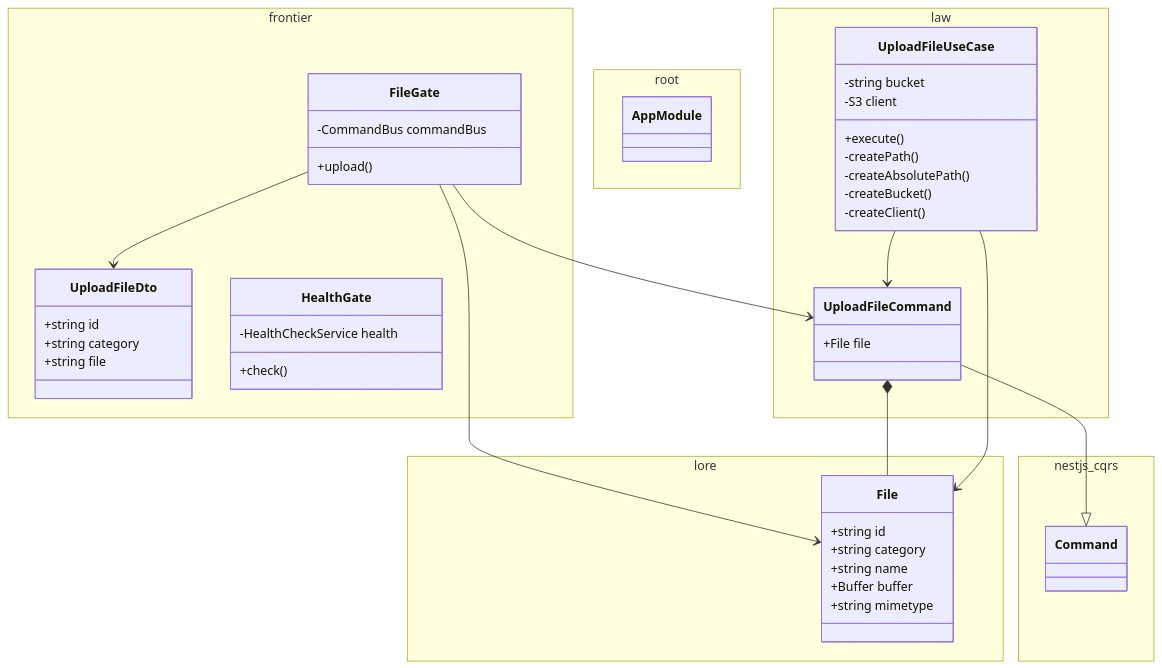
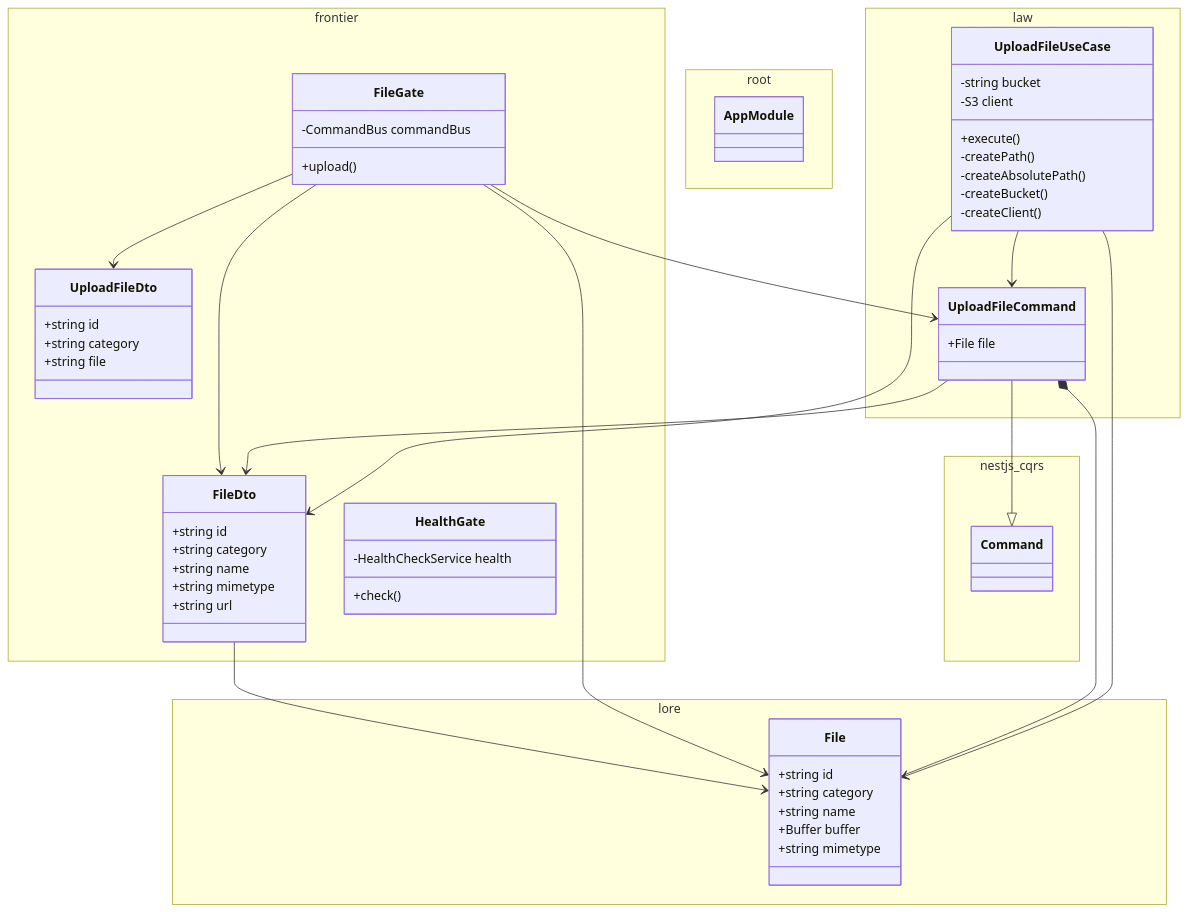
The diagram in realms/vault/README.md (pslotinsky/decay-of-magic), drawn with Mermaid before and after one commit. The commit also changed other lines of this file and 15 other files, not shown here.

````diff
--- a/realms/vault/README.md
+++ b/realms/vault/README.md
@@ -8,55 +8,66 @@
 ```mermaid
 classDiagram
   namespace frontier {
+    class FileDto {
+      +string id
+      +string category
+      +string name
+      +string mimetype
+      +string url
+    }
     class UploadFileDto {
       +string id
       +string category
       +string file
     }
     class FileGate {
       -CommandBus commandBus
       +upload()
     }
     class HealthGate {
       -HealthCheckService health
       +check()
     }
   }
   namespace law {
     class UploadFileCommand {
       +File file
     }
     class UploadFileUseCase {
       -string bucket
       -S3 client
       +execute()
       -createPath()
       -createAbsolutePath()
       -createBucket()
       -createClient()
     }
   }
   namespace lore {
     class File {
       +string id
       +string category
       +string name
       +Buffer buffer
       +string mimetype
     }
   }
   namespace root {
     class AppModule
   }
   namespace nestjs_cqrs {
     class Command
   }
 
+  FileDto --> File
+  FileGate --> FileDto
   FileGate --> UploadFileDto
   FileGate --> UploadFileCommand
   FileGate --> File
   UploadFileCommand --|> Command
   UploadFileCommand *-- File
+  UploadFileCommand --> FileDto
+  UploadFileUseCase --> FileDto
   UploadFileUseCase --> UploadFileCommand
   UploadFileUseCase --> File
 ```
````
